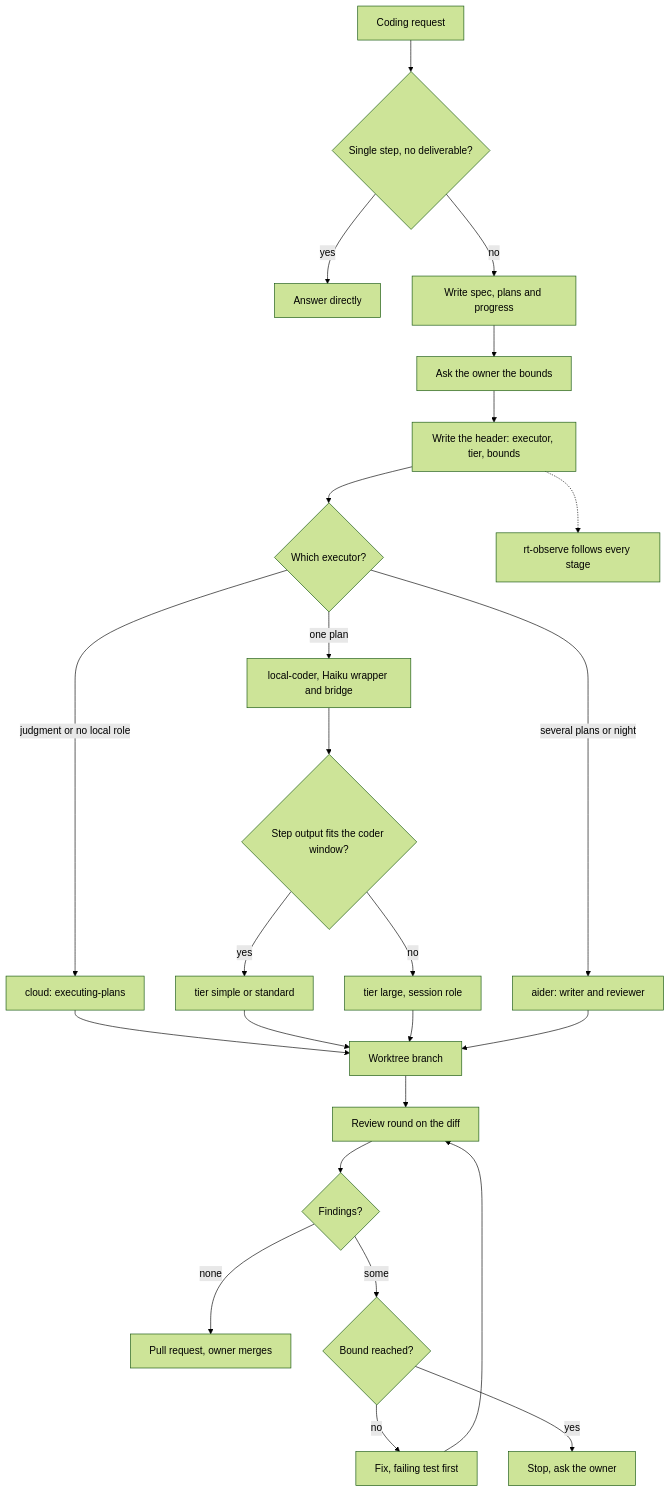
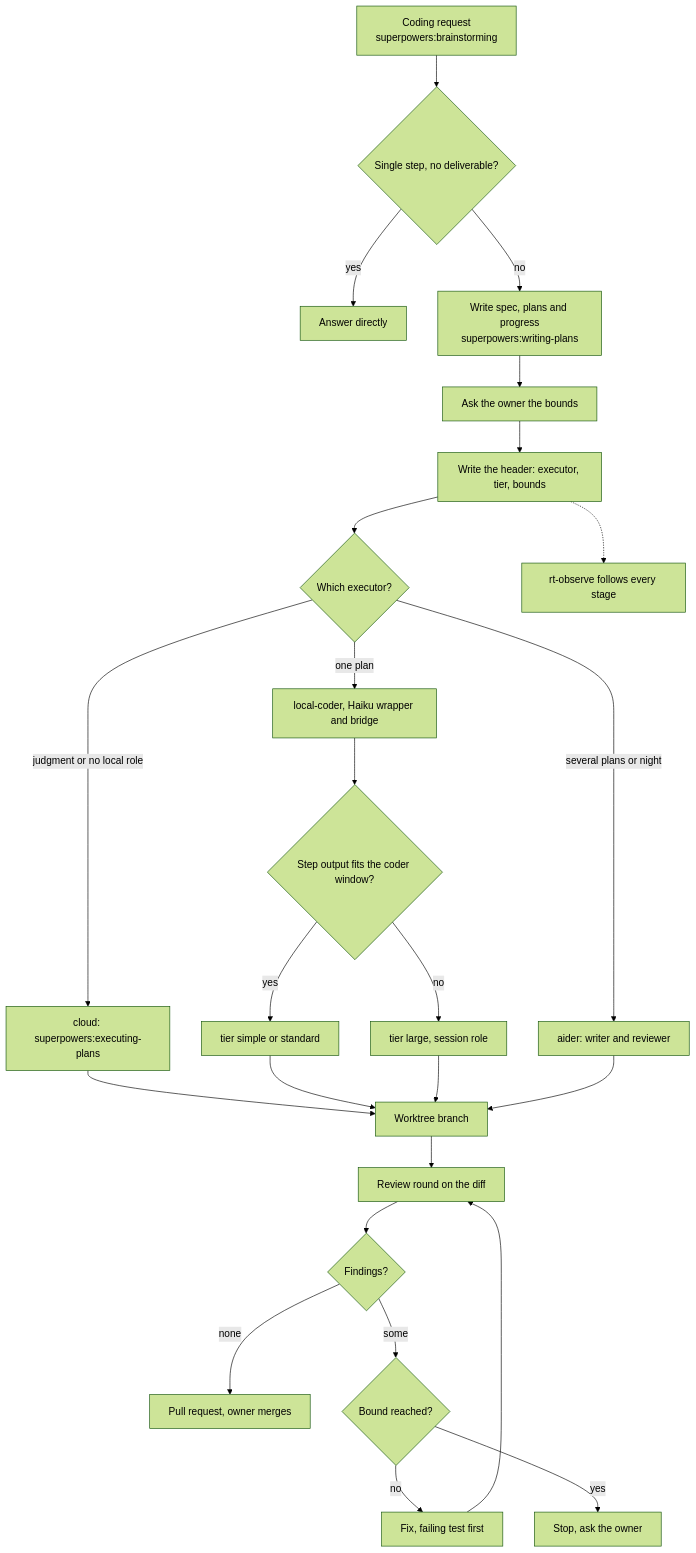
The diagram in docs/manual/diagrams/local-coding-flow.mmd (LARi-UQAC/ResearchTools), drawn with Mermaid (forest theme) before and after one commit. The commit also changed 7 other files, not shown here.

First line of the commit message:
docs: a skill for every step of the local coding process

```diff
--- a/docs/manual/diagrams/local-coding-flow.mmd
+++ b/docs/manual/diagrams/local-coding-flow.mmd
@@ -1,24 +1,24 @@
 flowchart TD
-    A[Coding request] --> B{Single step, no deliverable?}
+    A["Coding request<br/>superpowers:brainstorming"] --> B{Single step, no deliverable?}
     B -- yes --> C[Answer directly]
-    B -- no --> D[Write spec, plans and progress]
+    B -- no --> D["Write spec, plans and progress<br/>superpowers:writing-plans"]
     D --> E[Ask the owner the bounds]
     E --> F[Write the header: executor, tier, bounds]
     F --> G{Which executor?}
-    G -- judgment or no local role --> H[cloud: executing-plans]
+    G -- judgment or no local role --> H["cloud: superpowers:executing-plans"]
     G -- one plan --> J[local-coder, Haiku wrapper and bridge]
     J --> K{Step output fits the coder window?}
     K -- yes --> L[tier simple or standard]
     K -- no --> M[tier large, session role]
     G -- several plans or night --> N[aider: writer and reviewer]
     H --> O[Worktree branch]
     L --> O
     M --> O
     N --> O
     O --> P[Review round on the diff]
     P --> Q{Findings?}
     Q -- none --> R[Pull request, owner merges]
     Q -- some --> S{Bound reached?}
     S -- no --> T[Fix, failing test first] --> P
     S -- yes --> U[Stop, ask the owner]
     F -.-> V[rt-observe follows every stage]
```
